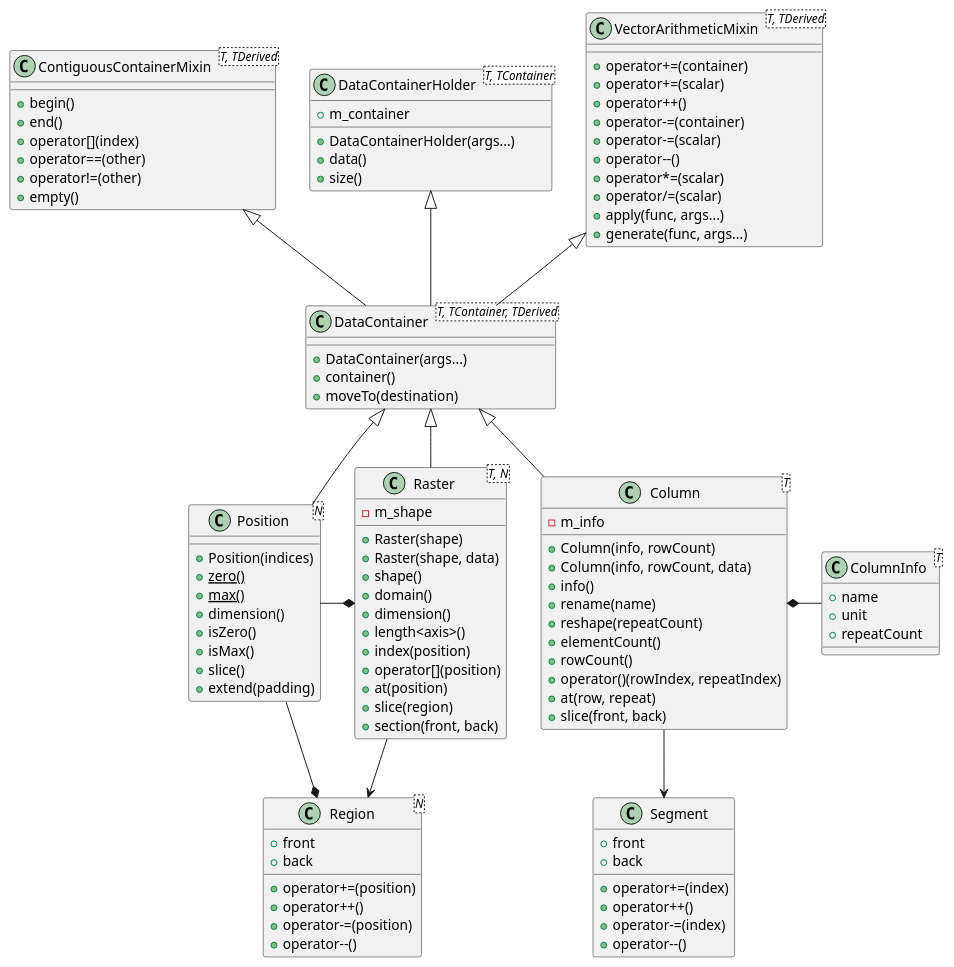
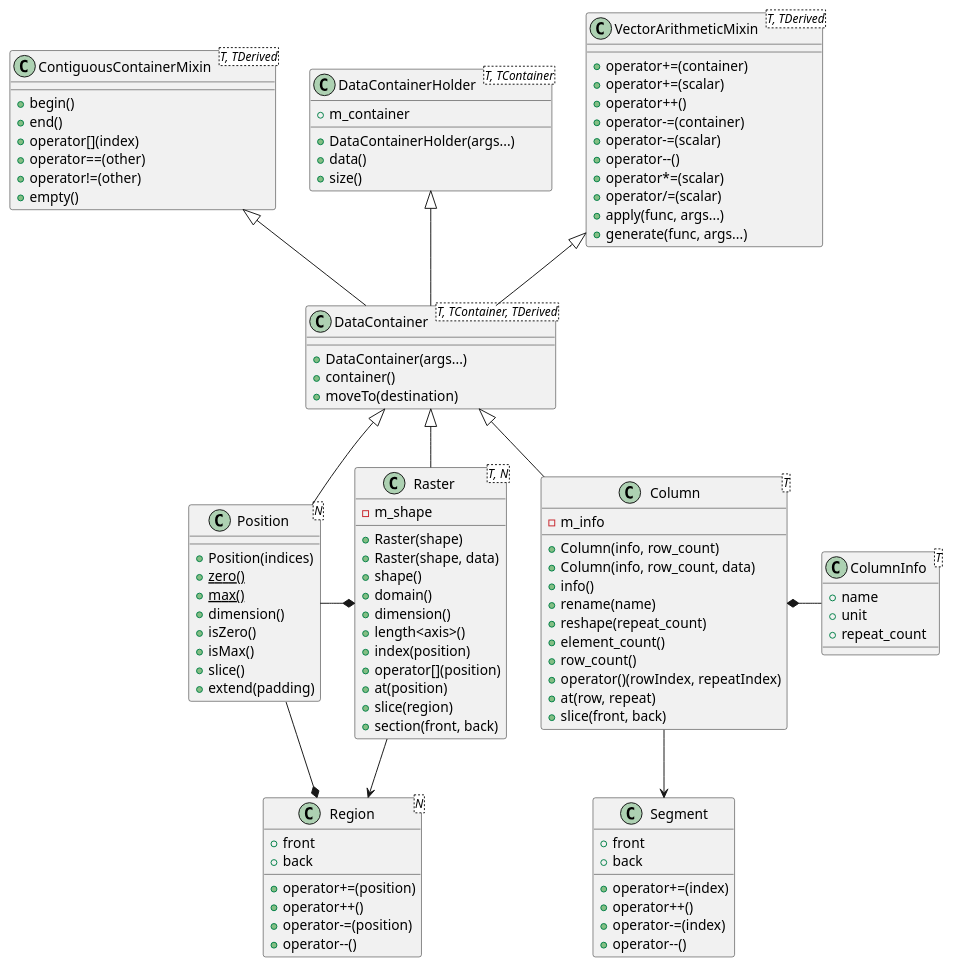
One commit to CNES/EleFits changed the diagram in doc/diagrams/src/FitsData.puml. Above: the diagram before and after it, drawn with PlantUML. The commit also changed 25 other files, not shown here.

Commit message:
Snake case ColumnInfo and Column

```diff
--- a/doc/diagrams/src/FitsData.puml
+++ b/doc/diagrams/src/FitsData.puml
@@ -1,103 +1,103 @@
 @startuml
 class ContiguousContainerMixin<T, TDerived> {
 + begin()
 + end()
 + operator[](index)
 + operator==(other)
 + operator!=(other)
 + empty()
 }
 class DataContainerHolder<T, TContainer> {
 + m_container
 + DataContainerHolder(args...)
 + data()
 + size()
 }
 class VectorArithmeticMixin<T, TDerived> {
 + operator+=(container)
 + operator+=(scalar)
 + operator++()
 + operator-=(container)
 + operator-=(scalar)
 + operator--()
 + operator*=(scalar)
 + operator/=(scalar)
 + apply(func, args...)
 + generate(func, args...)
 }
 class DataContainer<T, TContainer, TDerived> {
 + DataContainer(args...)
 + container()
 + moveTo(destination)
 }
 class Position<N> {
 + Position(indices)
 + {static} zero()
 + {static} max()
 + dimension()
 + isZero()
 + isMax()
 + slice()
 + extend(padding)
 }
 class Region<N> {
 + front
 + back
 + operator+=(position)
 + operator++()
 + operator-=(position)
 + operator--()
 }
 class Raster<T, N> {
 - m_shape
 + Raster(shape)
 + Raster(shape, data)
 + shape()
 + domain()
 + dimension()
 + length<axis>()
 + index(position)
 + operator[](position)
 + at(position)
 + slice(region)
 + section(front, back)
 }
 class Column<T> {
 - m_info
-+ Column(info, rowCount)
-+ Column(info, rowCount, data)
++ Column(info, row_count)
++ Column(info, row_count, data)
 + info()
 + rename(name)
-+ reshape(repeatCount)
-+ elementCount()
-+ rowCount()
++ reshape(repeat_count)
++ element_count()
++ row_count()
 + operator()(rowIndex, repeatIndex)
 + at(row, repeat)
 + slice(front, back)
 }
 class ColumnInfo<T> {
 + name
 + unit
-+ repeatCount
++ repeat_count
 }
 class Segment {
 + front
 + back
 + operator+=(index)
 + operator++()
 + operator-=(index)
 + operator--()
 }
 
 ContiguousContainerMixin <|-- DataContainer
 DataContainerHolder <|-- DataContainer
 VectorArithmeticMixin <|-- DataContainer
 DataContainer <|-- Position
 DataContainer <|-- Raster
 DataContainer <|-- Column
 Position --* Region
 Position -* Raster
 Raster --> Region
 Column *- ColumnInfo
 Column --> Segment
 @enduml
```
